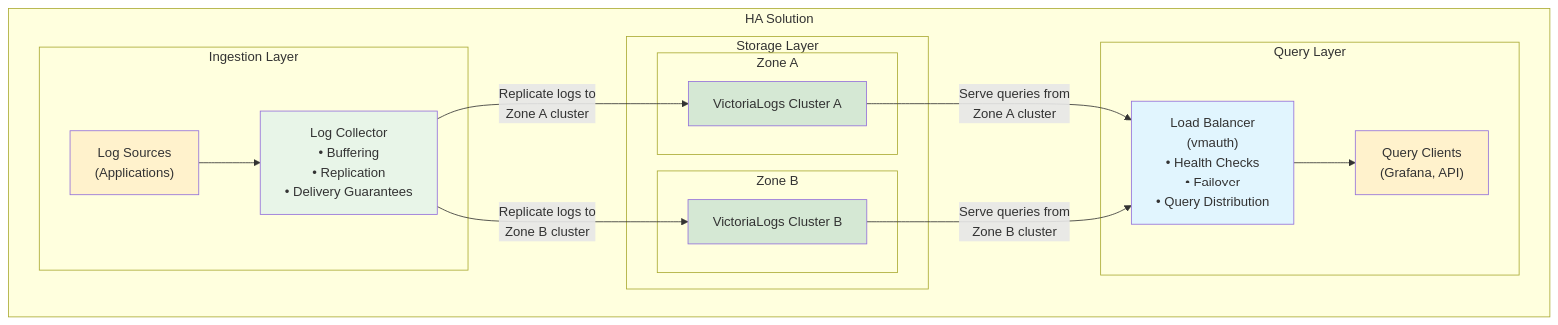
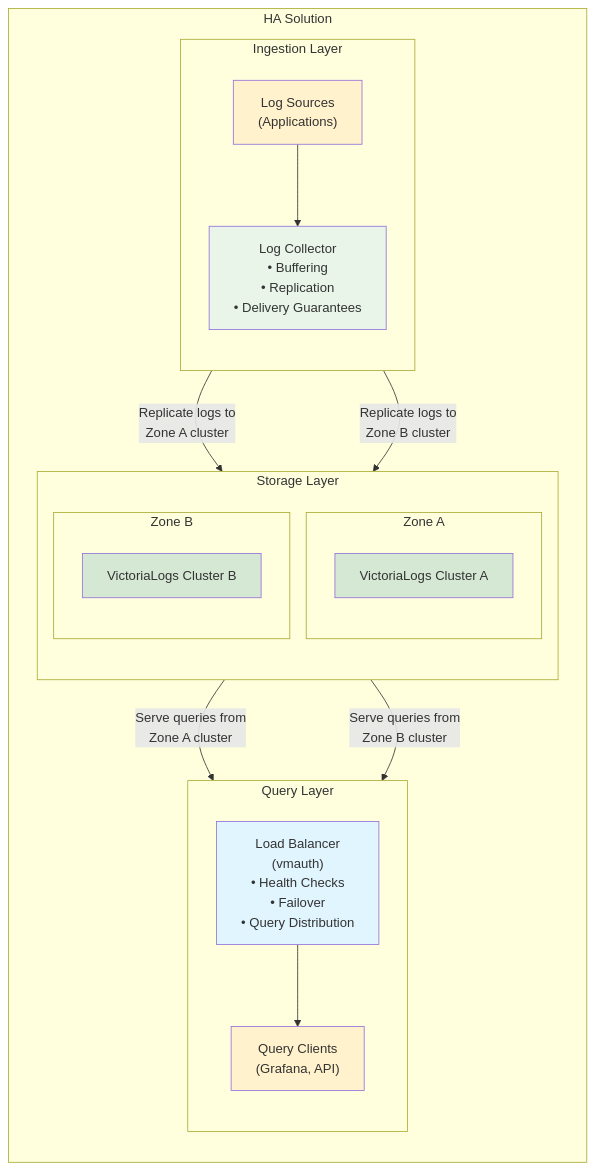
One commit to VictoriaMetrics/VictoriaLogs changed the third of 3 diagrams in docs/victorialogs/cluster.md. Above: the diagram before and after it, drawn with Mermaid. The commit also changed other lines of this file, not shown here.

````diff
--- a/docs/victorialogs/cluster.md
+++ b/docs/victorialogs/cluster.md
@@ -119,39 +133,44 @@
 ```mermaid
-graph TD
-    subgraph "HA Solution"
-        subgraph "Ingestion Layer"
-            LS["Log Sources<br/>(Applications)"]
-            VLAGENT["Log Collector<br/>• Buffering<br/>• Replication<br/>• Delivery Guarantees"]
-        end
-        
-        subgraph "Storage Layer"
-            subgraph "Zone A"
-                VLA["VictoriaLogs Cluster A"]
-            end
-            
-            subgraph "Zone B"
-                VLB["VictoriaLogs Cluster B"]
-            end
-        end
-        
-        subgraph "Query Layer"
-            LB["Load Balancer<br/>(vmauth)<br/>• Health Checks<br/>• Failover<br/>• Query Distribution"]
-            QC["Query Clients<br/>(Grafana, API)"]
-        end
-        
-        LS --> VLAGENT
-        VLAGENT -->|"Replicate logs to<br/>Zone A cluster"| VLA
-        VLAGENT -->|"Replicate logs to<br/>Zone B cluster"| VLB
-        
-        VLA -->|"Serve queries from<br/>Zone A cluster"| LB
-        VLB -->|"Serve queries from<br/>Zone B cluster"| LB
-        LB --> QC
-        
-        style VLAGENT fill:#e8f5e8
-        style VLA fill:#d5e8d4
-        style VLB fill:#d5e8d4
-        style LB fill:#e1f5fe
-        style QC fill:#fff2cc
-        style LS fill:#fff2cc
+flowchart TB
+  subgraph haSolution["HA Solution"]
+    direction TB
+
+    subgraph ingestion["Ingestion Layer"]
+      direction TB
+      LS["Log Sources<br/>(Applications)"]
+      VLAGENT["Log Collector<br/>• Buffering<br/>• Replication<br/>• Delivery Guarantees"]
+      LS --> VLAGENT
     end
+
+    subgraph storage["Storage Layer"]
+      direction TB
+
+      subgraph zoneA["Zone A"]
+        VLA["VictoriaLogs Cluster A"]
+      end
+
+      subgraph zoneB["Zone B"]
+        VLB["VictoriaLogs Cluster B"]
+      end
+
+      VLAGENT -->|"Replicate logs to<br/>Zone A cluster"| VLA
+      VLAGENT -->|"Replicate logs to<br/>Zone B cluster"| VLB
+    end
+
+    subgraph query["Query Layer"]
+      direction TB
+      LB["Load Balancer<br/>(vmauth)<br/>• Health Checks<br/>• Failover<br/>• Query Distribution"]
+      QC["Query Clients<br/>(Grafana, API)"]
+      VLA -->|"Serve queries from<br/>Zone A cluster"| LB
+      VLB -->|"Serve queries from<br/>Zone B cluster"| LB
+      LB --> QC
+    end
+  end
+
+style VLAGENT fill:#e8f5e8
+style VLA fill:#d5e8d4
+style VLB fill:#d5e8d4
+style LB fill:#e1f5fe
+style QC fill:#fff2cc
+style LS fill:#fff2cc
 ```
````
